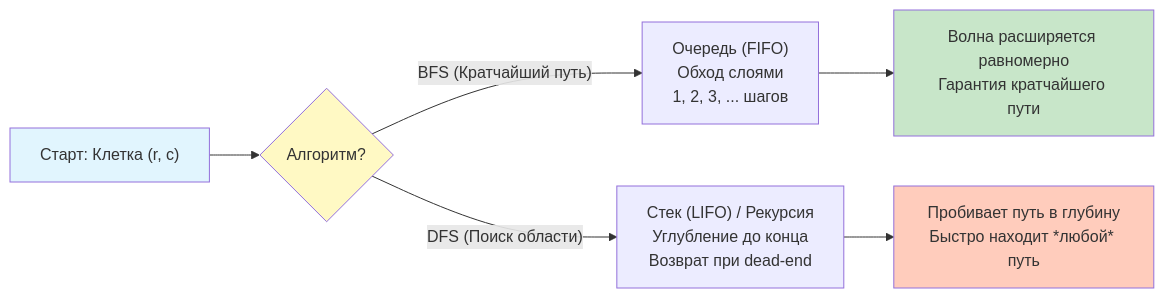
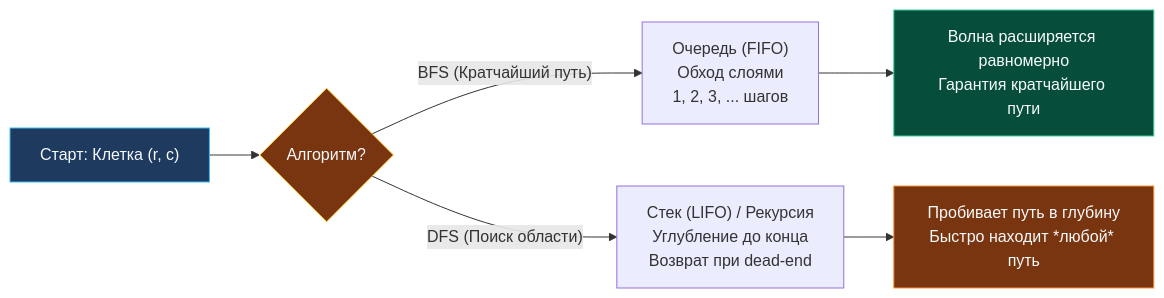
The diagram in sources/21. Задачи с LeetCode и собеседований на Go/02. Задачи/24. Матрицы и grid задачи/1. Теория. Grid задачи.md (UnrealTemplier/go-textbook), drawn with Mermaid before and after one commit. The commit also changed 310 other files, not shown here.

First line of the commit message:
fix(mermaid): replace light fill colors with dark palette for readability on dark theme

````diff
--- a/sources/21. Задачи с LeetCode и собеседований на Go/02. Задачи/24. Матрицы и grid задачи/1. Теория. Grid задачи.md
+++ b/sources/21. Задачи с LeetCode и собеседований на Go/02. Задачи/24. Матрицы и grid задачи/1. Теория. Grid задачи.md
@@ -119,15 +119,15 @@
 ```mermaid
 flowchart LR
     Start["Старт: Клетка (r, c)"] --> Choice{"Алгоритм?"}
     
     Choice -- "BFS (Кратчайший путь)" --> Queue["Очередь (FIFO)<br>Обход слоями<br>1, 2, 3, ... шагов"]
     Choice -- "DFS (Поиск области)" --> Stack["Стек (LIFO) / Рекурсия<br>Углубление до конца<br>Возврат при dead-end"]
     
     Queue --> Wave["Волна расширяется равномерно<br>Гарантия кратчайшего пути"]
     Stack --> Path["Пробивает путь в глубину<br>Быстро находит *любой* путь"]
     
-    style Start fill:#e1f5fe
-    style Choice fill:#fff9c4
-    style Wave fill:#c8e6c9
-    style Path fill:#ffccbc
+    style Start fill:#1e3a5f,stroke:#38bdf8,color:#f8fafc
+    style Choice fill:#78350f,stroke:#fbbf24,color:#f8fafc
+    style Wave fill:#064e3b,stroke:#34d399,color:#f8fafc
+    style Path fill:#78350f,stroke:#fb923c,color:#f8fafc
 ```
````
